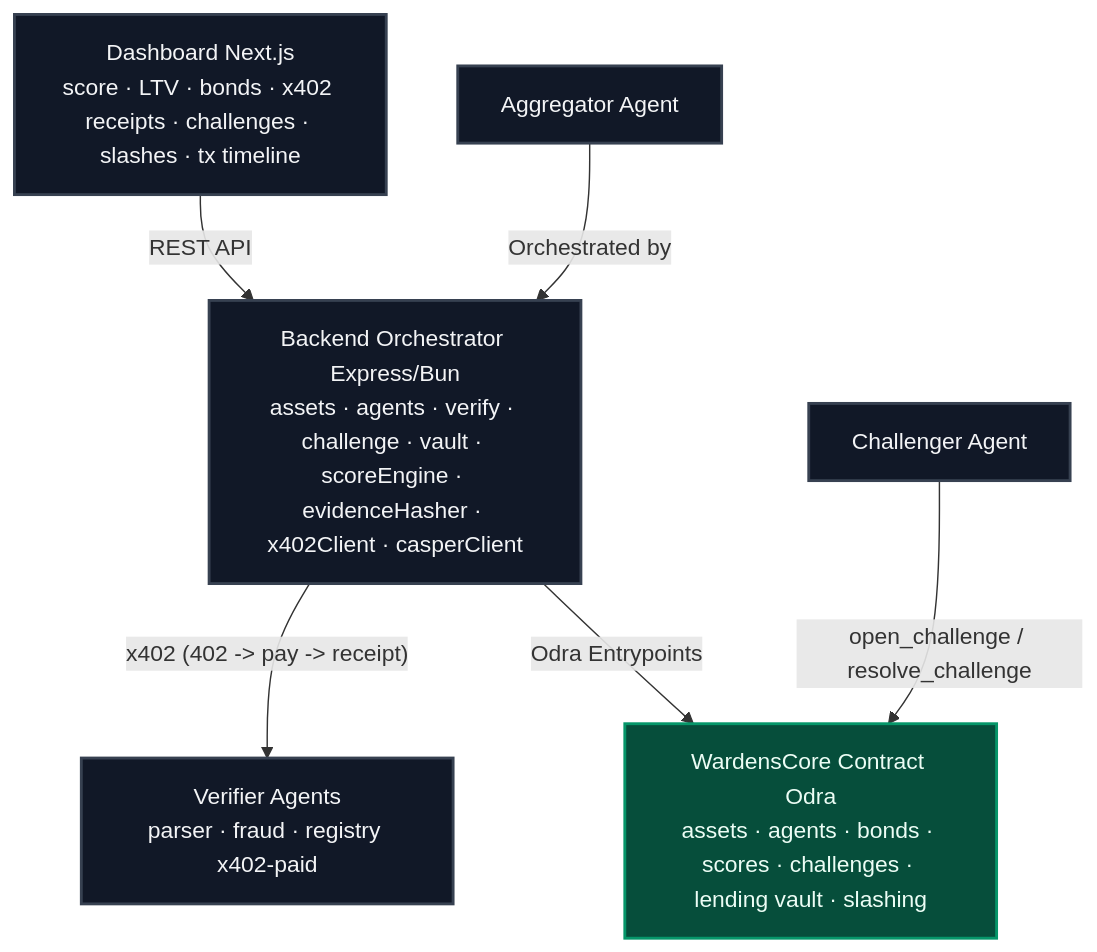
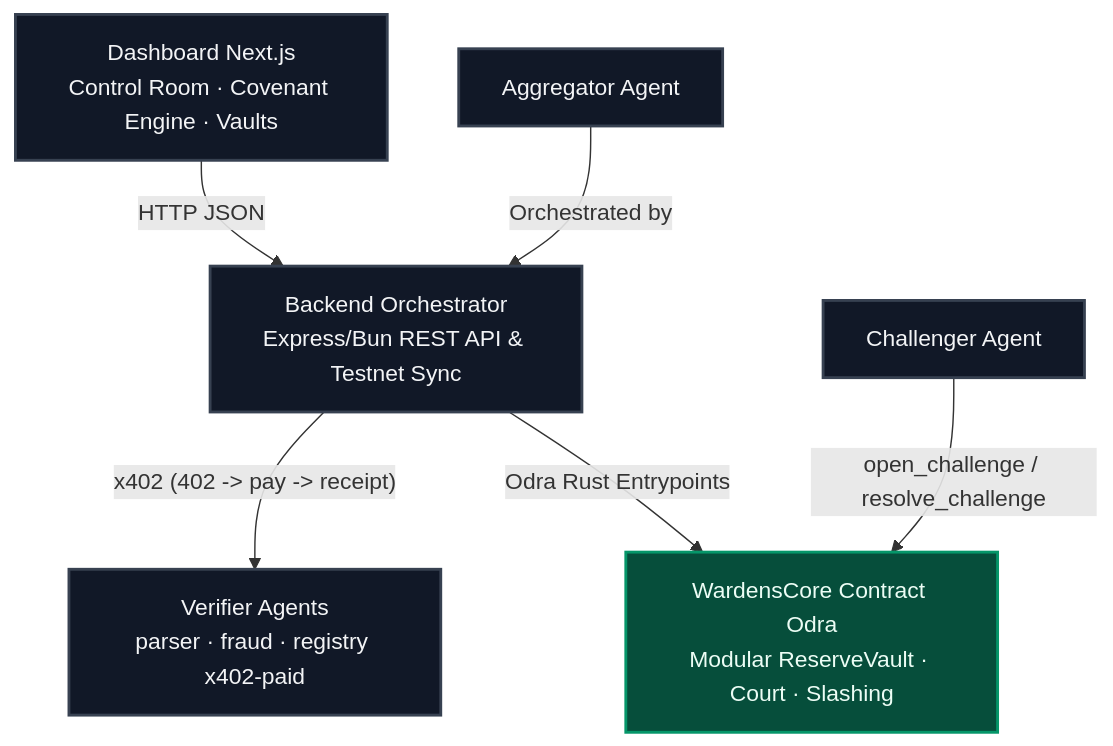
One commit to ROHANROOSWELT/Wardens-Protocol changed the diagram in README.md. Above: the diagram before and after it, drawn with Mermaid. The commit also changed other lines of this file, not shown here.

````diff
--- a/README.md
+++ b/README.md
@@ -182,18 +94,18 @@
 ```mermaid
 graph TD
     classDef comp fill:#111827,stroke:#374151,stroke-width:2px,color:#f3f4f6;
     classDef contract fill:#064e3b,stroke:#059669,stroke-width:2px,color:#ecfdf5;
 
-    Dash[Dashboard Next.js<br/>score · LTV · bonds · x402 receipts · challenges · slashes · tx timeline]:::comp
-    Backend[Backend Orchestrator Express/Bun<br/>assets · agents · verify · challenge · vault · scoreEngine · evidenceHasher · x402Client · casperClient]:::comp
+    Dash[Dashboard Next.js<br/>Control Room · Covenant Engine · Vaults]:::comp
+    Backend[Backend Orchestrator<br/>Express/Bun REST API & Testnet Sync]:::comp
     Verifiers[Verifier Agents<br/>parser · fraud · registry x402-paid]:::comp
     Aggregator[Aggregator Agent]:::comp
     Challenger[Challenger Agent]:::comp
-    WCore[WardensCore Contract Odra<br/>assets · agents · bonds · scores · challenges · lending vault · slashing]:::contract
+    WCore[WardensCore Contract Odra<br/>Modular ReserveVault · Court · Slashing]:::contract
 
-    Dash -- REST API --> Backend
+    Dash -- HTTP JSON --> Backend
     Backend -- "x402 (402 -> pay -> receipt)" --> Verifiers
-    Backend -- "Odra Entrypoints" --> WCore
+    Backend -- "Odra Rust Entrypoints" --> WCore
     Aggregator -- Orchestrated by --> Backend
     Challenger -- "open_challenge / resolve_challenge" --> WCore
 ```
````
